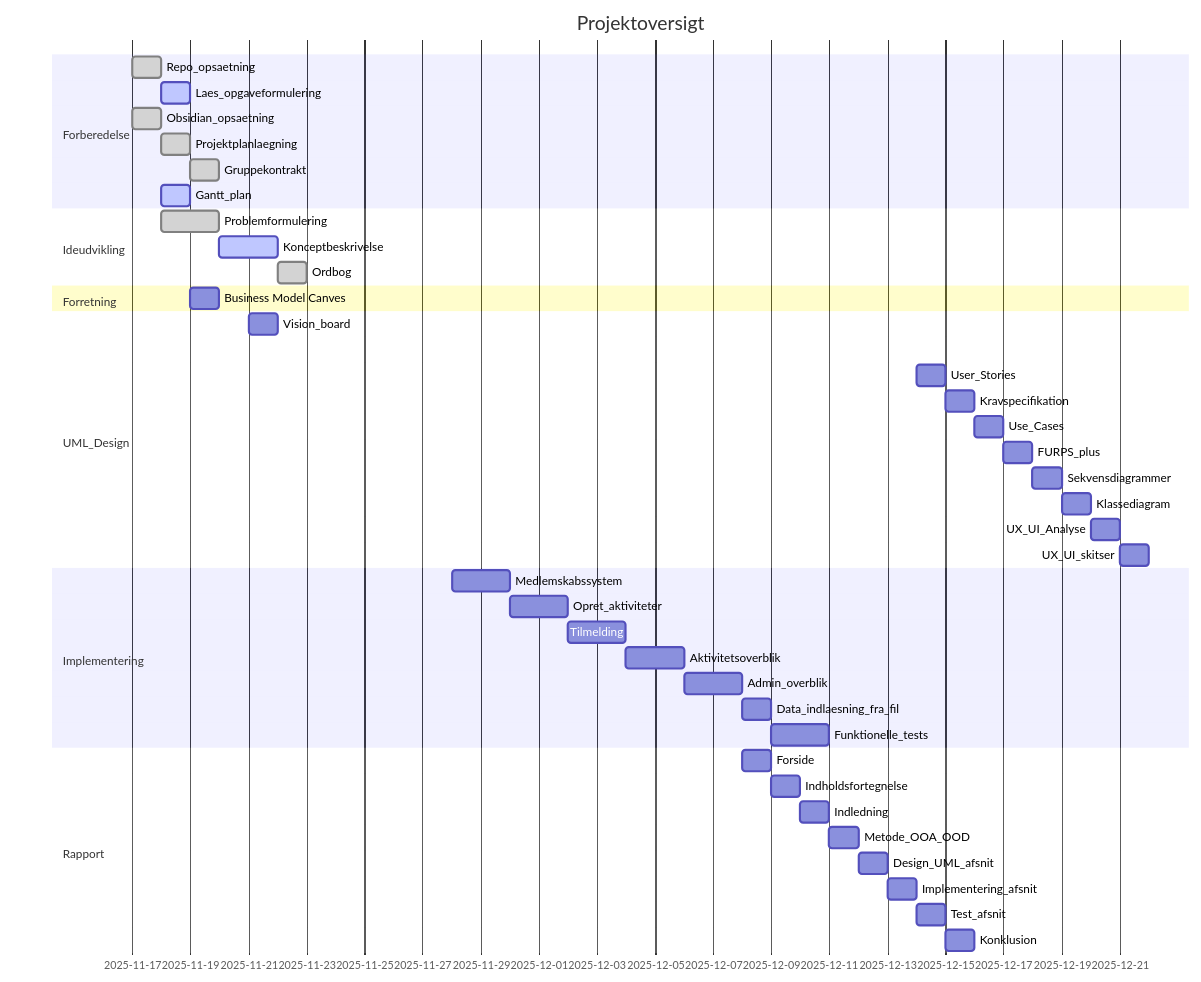
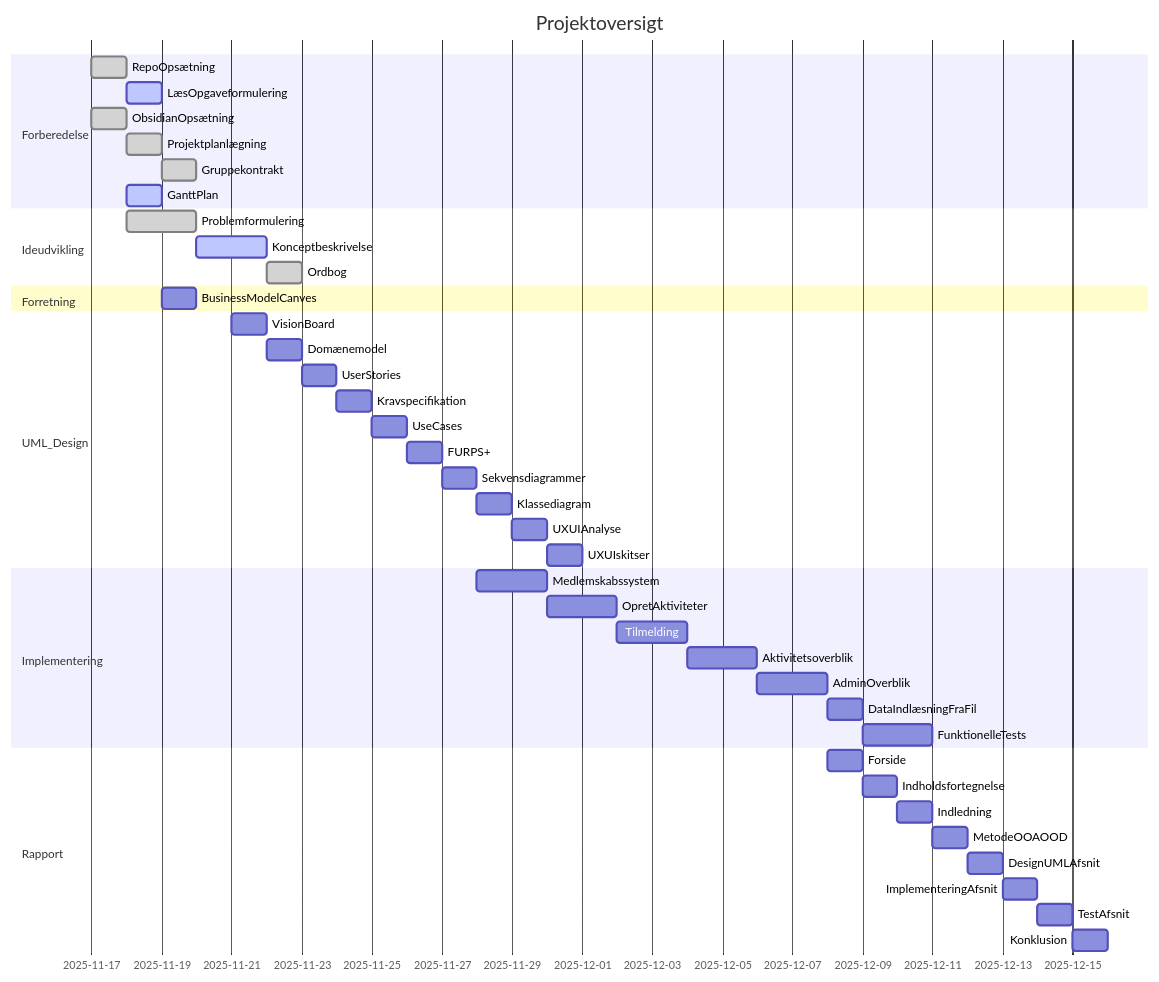
The first of 2 diagrams in 02 notes/2_Diverse/Projektstyring.md (MatiasHeiberg/1.semesterprojekt), drawn with Mermaid before and after one commit.

Commit message:
Rettelse til Gantt

````diff
--- a/02 notes/2_Diverse/Projektstyring.md
+++ b/02 notes/2_Diverse/Projektstyring.md
@@ -1,53 +1,53 @@
 ```mermaid
 gantt
     dateFormat  YYYY-MM-DD
     title Projektoversigt
 
     section Forberedelse
-    Repo_opsaetning          :done, a1, 2025-11-17, 1d
-    Laes_opgaveformulering   :active, a2, after a1, 0.5d
-    Obsidian_opsaetning      :done, a3, 2025-11-17, 1d
-    Projektplanlaegning      :done, a4, after a3, 1d
+    RepoOpsætning          :done, a1, 2025-11-17, 1d
+    LæsOpgaveformulering   :active, a2, after a1, 0.5d
+    ObsidianOpsætning      :done, a3, 2025-11-17, 1d
+    Projektplanlægning      :done, a4, after a3, 1d
     Gruppekontrakt           :done, a5, after a4, 0.5d
-    Gantt_plan               :active, a6, 2025-11-18, 1d
+    GanttPlan               :active, a6, 2025-11-18, 1d
    
     section Ideudvikling
     Problemformulering       :done, b1, 2025-11-18, 2d
     Konceptbeskrivelse       :active, b2, after b1, 2d
     Ordbog                   :done, b3, after b2, 1d
 
     
 	section Forretning
-    Business Model Canves    :c1, 2025-11-19, 1d
+    BusinessModelCanves    :c1, 2025-11-19, 1d
 
     section UML_Design
-    Vision_board             :d1, 2025-11-21, 0.5d
-    Domaenemodel             :d2, after d2, 0.5d
-    User_Stories             :d4, after d3, 0.5d
-    Kravspecifikation        :d5, after d4, 0.5d
-    Use_Cases                :d6, after d5, 0.5d
-    FURPS_plus               :d7, after d6, 0.5d
-    Sekvensdiagrammer        :d8, after d7, 0.5d
-    Klassediagram            :d9, after d8, 1d
-    UX_UI_Analyse            :d10, after d9, 0.5d
-    UX_UI_skitser            :d11, after d10, 0.5d
+    VisionBoard             :d1, 2025-11-21, 0.5d
+    Domænemodel             :d2, after d1, 0.5d
+    UserStories             :d3, after d2, 0.5d
+    Kravspecifikation        :d4, after d3, 0.5d
+    UseCases                :d5, after d4, 0.5d
+    FURPS+              :d6, after d5, 0.5d
+    Sekvensdiagrammer        :d7, after d6, 1d
+    Klassediagram            :d8, after d7, 1d
+    UXUIAnalyse            :d9, after d8, 0.5d
+    UXUIskitser            :d10, after d9, 0.5d
 
     section Implementering
     Medlemskabssystem        :e1, 2025-11-28, 2d
-    Opret_aktiviteter        :e2, after e1, 2d
+    OpretAktiviteter        :e2, after e1, 2d
     Tilmelding               :e3, after e2, 2d
     Aktivitetsoverblik       :e4, after e3, 2d
-    Admin_overblik           :e5, after e4, 2d
-    Data_indlaesning_fra_fil :e6, after e5, 1d
-    Funktionelle_tests       :e7, after e6, 2d
+    AdminOverblik           :e5, after e4, 2d
+    DataIndlæsningFraFil :e6, after e5, 1d
+    FunktionelleTests       :e7, after e6, 2d
 
     section Rapport
     Forside                  :f1, 2025-12-08, 0.5d
     Indholdsfortegnelse      :f2, after f1, 0.5d
     Indledning               :f3, after f2, 0.5d
-    Metode_OOA_OOD           :f4, after f3, 0.5d
-    Design_UML_afsnit        :f5, after f4, 0.5d
-    Implementering_afsnit    :f6, after f5, 0.5d
-    Test_afsnit              :f7, after f6, 0.5d
+    MetodeOOAOOD           :f4, after f3, 0.5d
+    DesignUMLAfsnit        :f5, after f4, 0.5d
+    ImplementeringAfsnit    :f6, after f5, 0.5d
+    TestAfsnit              :f7, after f6, 0.5d
     Konklusion               :f8, after f7, 0.5d
 ```
````
